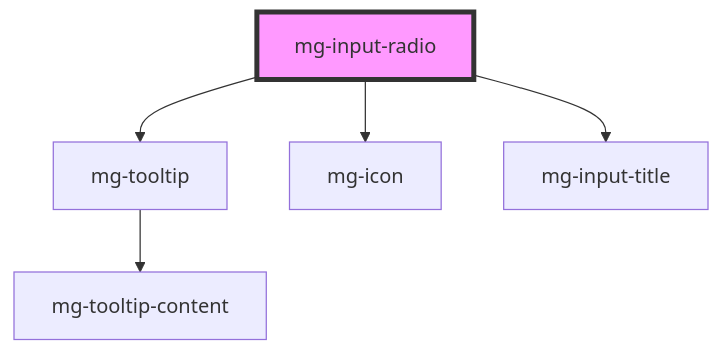
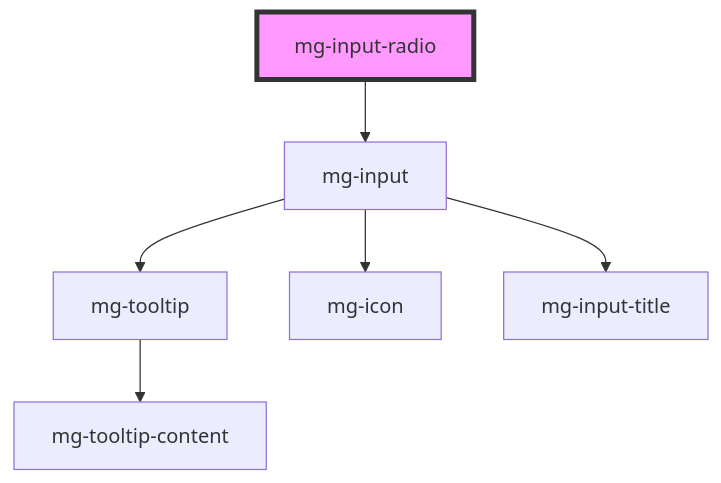
The diagram in packages/mg-components/src/components/molecules/inputs/mg-input-radio/readme.md (MGDIS/core-ui), drawn with Mermaid before and after one commit. The commit also changed other lines of this file and 39 other files, not shown here.

````diff
--- a/packages/mg-components/src/components/molecules/inputs/mg-input-radio/readme.md
+++ b/packages/mg-components/src/components/molecules/inputs/mg-input-radio/readme.md
@@ -96,8 +94,9 @@
 ```mermaid
 graph TD;
-  mg-input-radio --> mg-tooltip
-  mg-input-radio --> mg-icon
-  mg-input-radio --> mg-input-title
+  mg-input-radio --> mg-input
+  mg-input --> mg-tooltip
+  mg-input --> mg-icon
+  mg-input --> mg-input-title
   mg-tooltip --> mg-tooltip-content
   style mg-input-radio fill:#f9f,stroke:#333,stroke-width:4px
 ```
````
